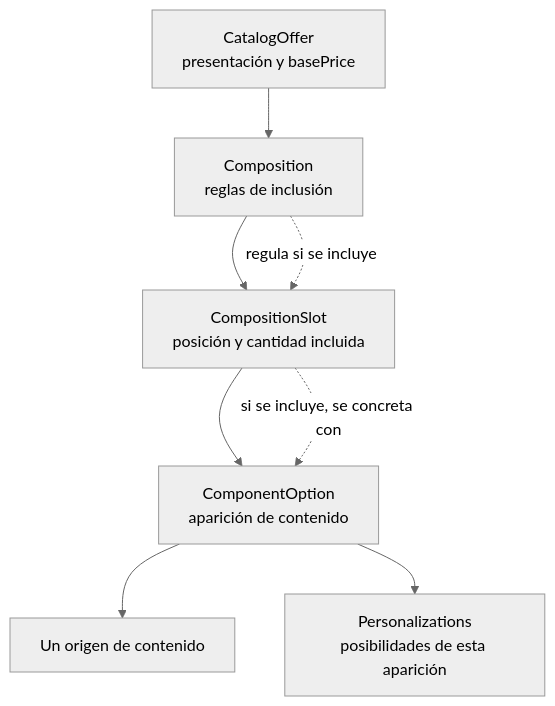
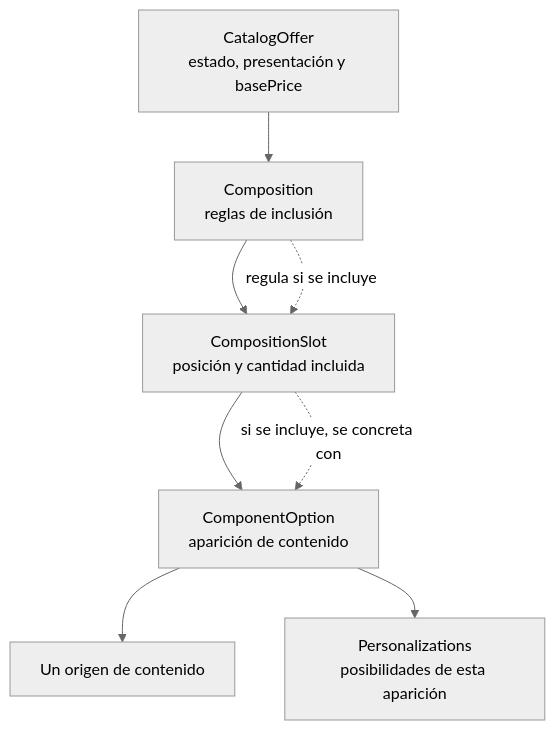
The second of 2 diagrams in docs/ers/context.md (FMAT-Restaurant/Menu-Documentation), drawn with Mermaid (neutral theme) before and after one commit. The commit also changed other lines of this file and 12 other files, not shown here.

````diff
--- a/docs/ers/context.md
+++ b/docs/ers/context.md
@@ -105,10 +117,10 @@
 ```mermaid
 flowchart TD
-    Offer["CatalogOffer<br/>presentación y basePrice"] --> Composition["Composition<br/>reglas de inclusión"]
+    Offer["CatalogOffer<br/>estado, presentación y basePrice"] --> Composition["Composition<br/>reglas de inclusión"]
     Composition --> Slot["CompositionSlot<br/>posición y cantidad incluida"]
     Slot --> Option["ComponentOption<br/>aparición de contenido"]
     Option --> Source["Un origen de contenido"]
     Option --> Customization["Personalizations<br/>posibilidades de esta aparición"]
     Composition -. "regula si se incluye" .-> Slot
     Slot -. "si se incluye, se concreta con" .-> Option
 ```
````
